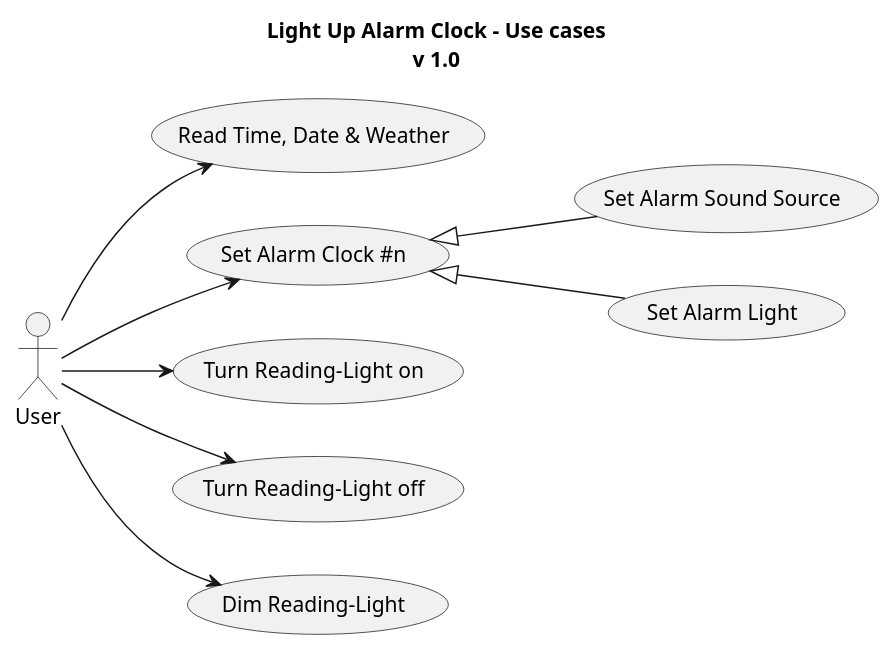
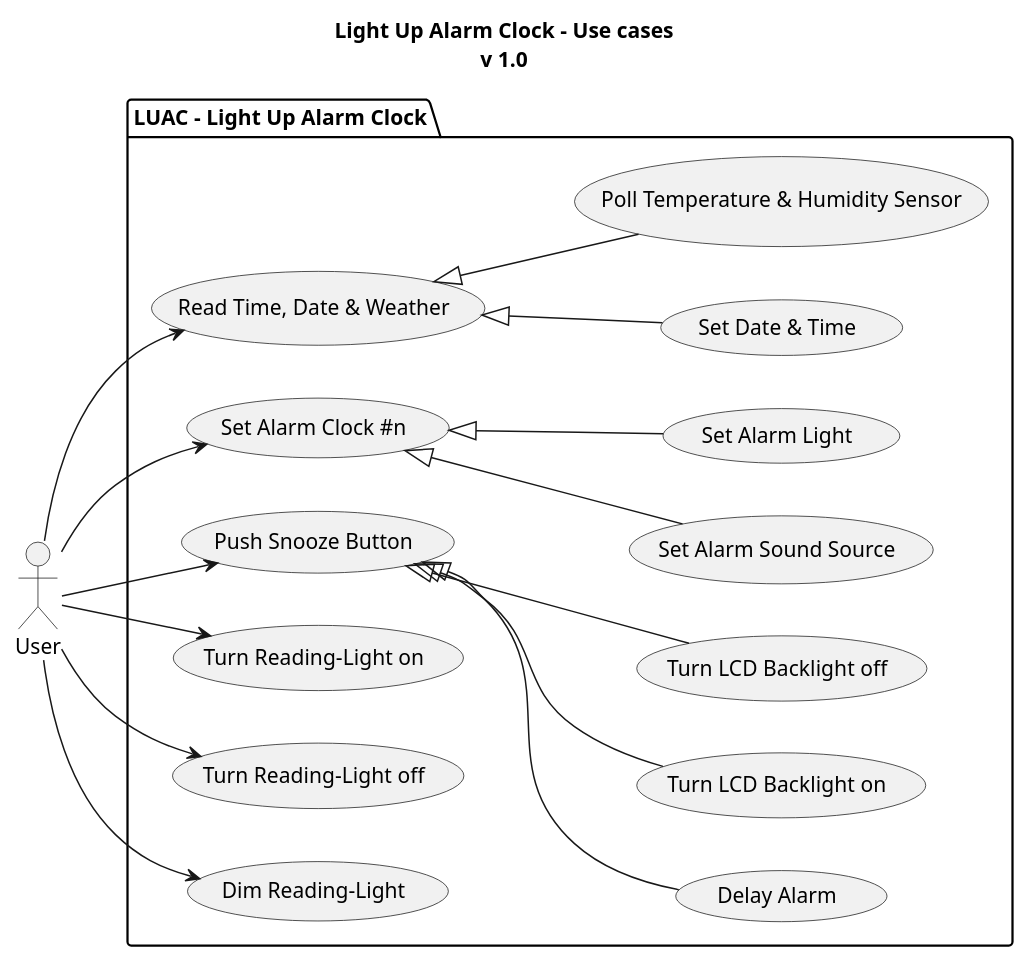
Before and after one commit to esterren/LightUpAlarmClock: the diagram in doc/uml/use-cases.puml, drawn with PlantUML. The commit also changed 1 other file, not shown here.

```diff
--- a/doc/uml/use-cases.puml
+++ b/doc/uml/use-cases.puml
@@ -1,24 +1,38 @@
 @startuml
 title
     Light Up Alarm Clock - Use cases
     v 1.0
 end title
 
 :User: as user
-(Read Time, Date & Weather) as (Idle)
-(Set Alarm Clock #n) as (SetAl)
-(Set Alarm Sound Source) as (SetAlSound)
-(Set Alarm Light) as (SetAlLight)
-(Turn Reading-Light on) as (LightOn)
-(Turn Reading-Light off) as (LightOff)
-(Dim Reading-Light) as (LightDim)
+package "LUAC - Light Up Alarm Clock" {
+    (Set Date & Time) as (SetDateTime)
+    (Poll Temperature & Humidity Sensor) as (PollSensor)
+    (Read Time, Date & Weather) as (Idle)
+    (Set Alarm Clock #n) as (SetAl)
+    (Set Alarm Sound Source) as (SetAlSound)
+    (Set Alarm Light) as (SetAlLight)
+    (Push Snooze Button) as (SnoozeBtn)
+    (Delay Alarm) as (DelayAl)
+    (Turn Reading-Light on) as (LightOn)
+    (Turn Reading-Light off) as (LightOff)
+    (Turn LCD Backlight on) as (LcdLightOn)
+    (Turn LCD Backlight off) as (LcdLightOff)
+    (Dim Reading-Light) as (LightDim)
 
-left to right direction
-user --> (Idle)
-user --> (SetAl)
-(SetAl) <|-- (SetAlSound)
-(SetAl) <|-- (SetAlLight)
-user --> (LightOn)
-user --> (LightOff)
-user --> (LightDim)
+    left to right direction
+    user --> (Idle)
+    (Idle) <|-- (SetDateTime)
+    (Idle) <|-- (PollSensor)
+    user --> (SetAl)
+    (SetAl) <|-- (SetAlSound)
+    (SetAl) <|-- (SetAlLight)
+    (SnoozeBtn) <|-- (LcdLightOn)
+    (SnoozeBtn) <|-- (LcdLightOff)
+    (SnoozeBtn) <|-- (DelayAl)
+    user --> (LightOn)
+    user --> (LightOff)
+    user --> (LightDim)
+    user --> (SnoozeBtn)
+}
 @enduml
```
